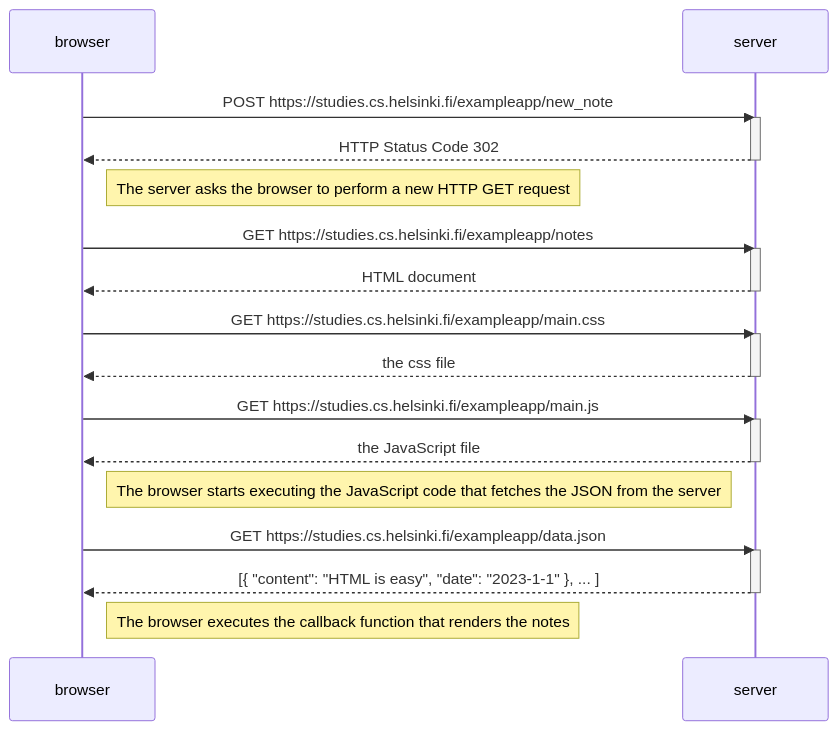
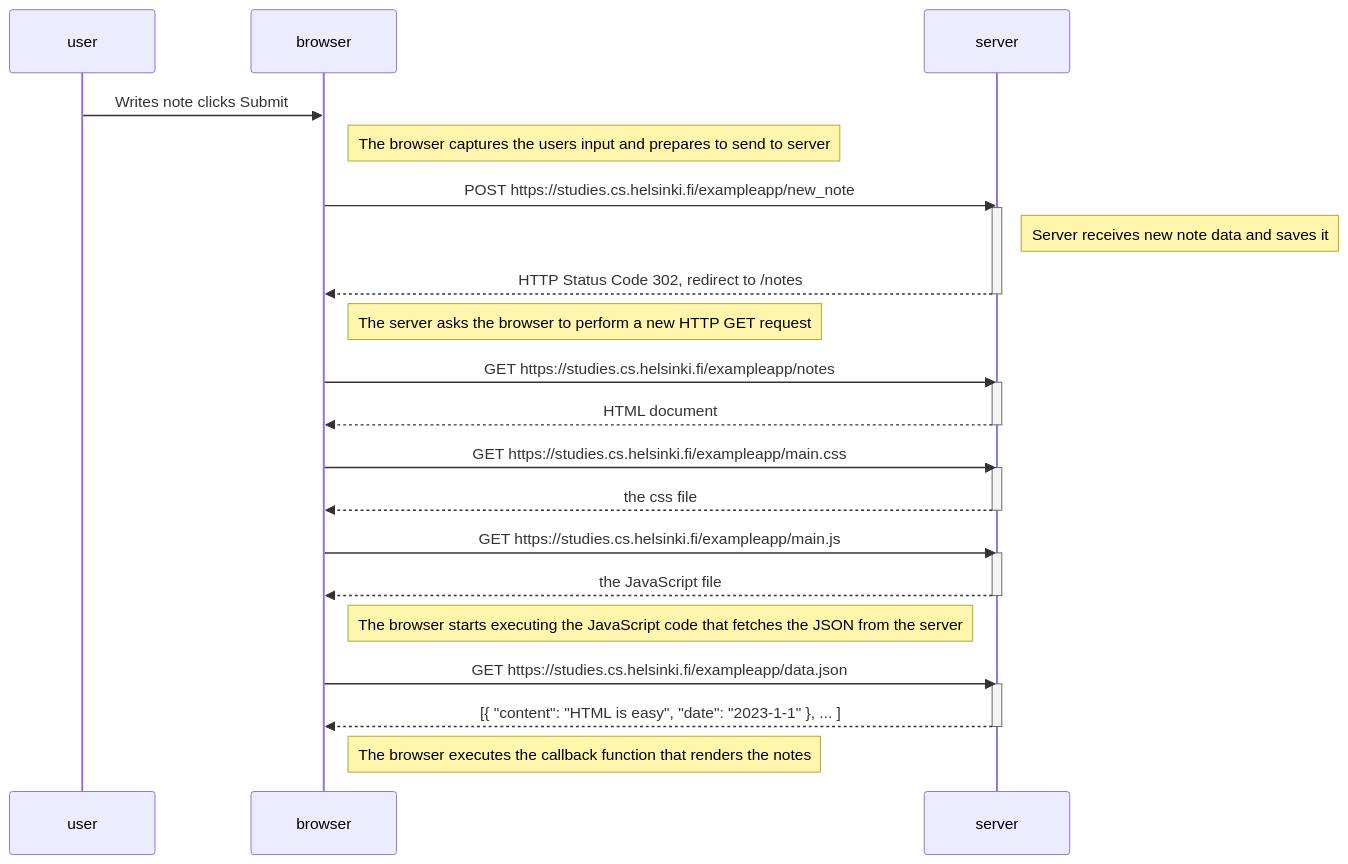
Before and after one commit to bbeaudet-dev/fullstackopen: the diagram in part0/newnote_mermaid.md, drawn with Mermaid. The commit also changed 1 other file, not shown here.

Commit message:
created mermaid diagram for spa

````diff
--- a/part0/newnote_mermaid.md
+++ b/part0/newnote_mermaid.md
@@ -1,37 +1,42 @@
 ```mermaid
 sequenceDiagram
+    participant user
     participant browser
     participant server
 
+    user->>browser: Writes note clicks Submit
+    Note right of browser: The browser captures the users input and prepares to send to server 
+
     browser->>server: POST https://studies.cs.helsinki.fi/exampleapp/new_note
     activate server
-    server-->>browser: HTTP Status Code 302
+    Note right of server: Server receives new note data and saves it
+    server-->>browser: HTTP Status Code 302, redirect to /notes
     deactivate server
 
     Note right of browser: The server asks the browser to perform a new HTTP GET request
 
     browser->>server: GET https://studies.cs.helsinki.fi/exampleapp/notes
     activate server
     server-->>browser: HTML document
     deactivate server
 
     browser->>server: GET https://studies.cs.helsinki.fi/exampleapp/main.css
     activate server
     server-->>browser: the css file
     deactivate server
 
     browser->>server: GET https://studies.cs.helsinki.fi/exampleapp/main.js
     activate server
     server-->>browser: the JavaScript file
     deactivate server
 
     Note right of browser: The browser starts executing the JavaScript code that fetches the JSON from the server
 
     browser->>server: GET https://studies.cs.helsinki.fi/exampleapp/data.json
     activate server
     server-->>browser: [{ "content": "HTML is easy", "date": "2023-1-1" }, ... ]
     deactivate server
 
     Note right of browser: The browser executes the callback function that renders the notes
 
 ```
````
